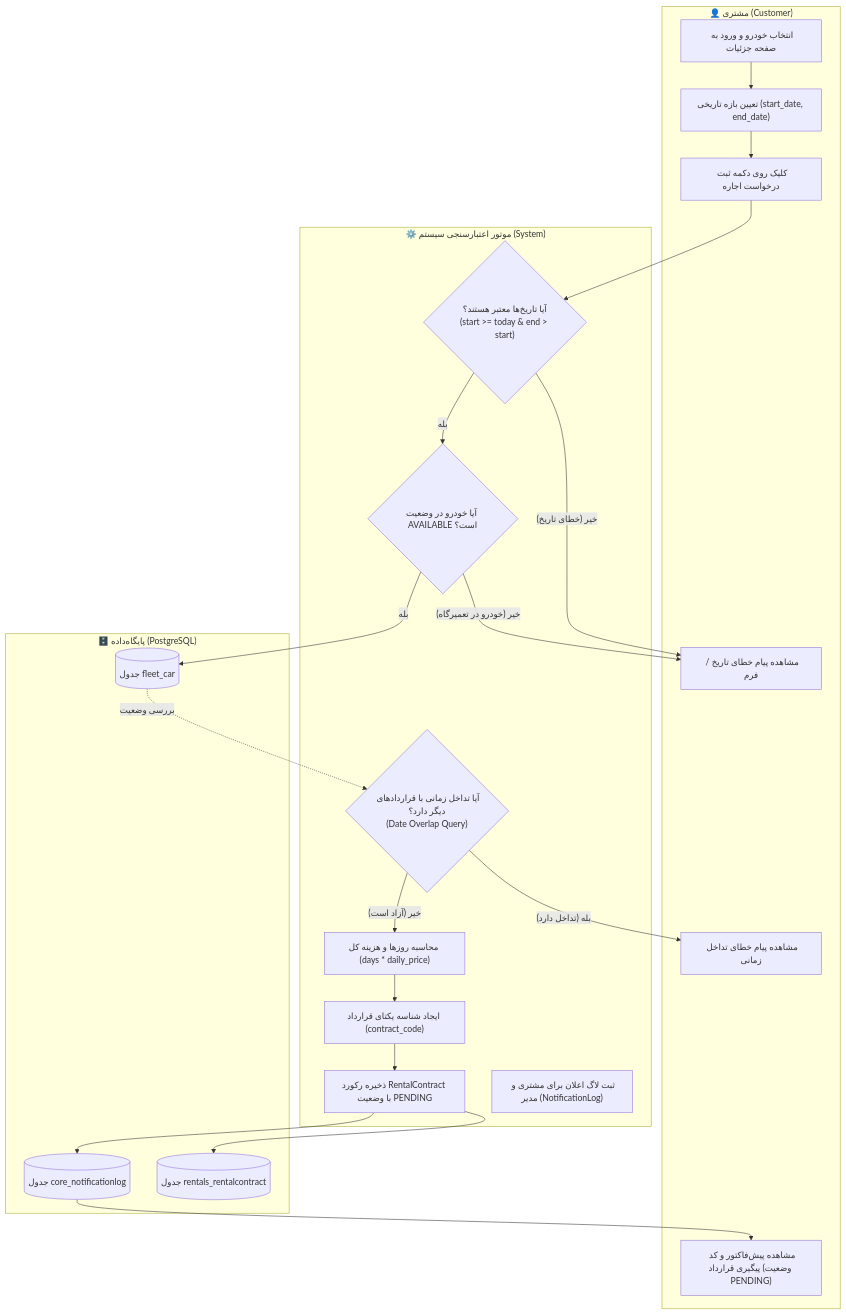
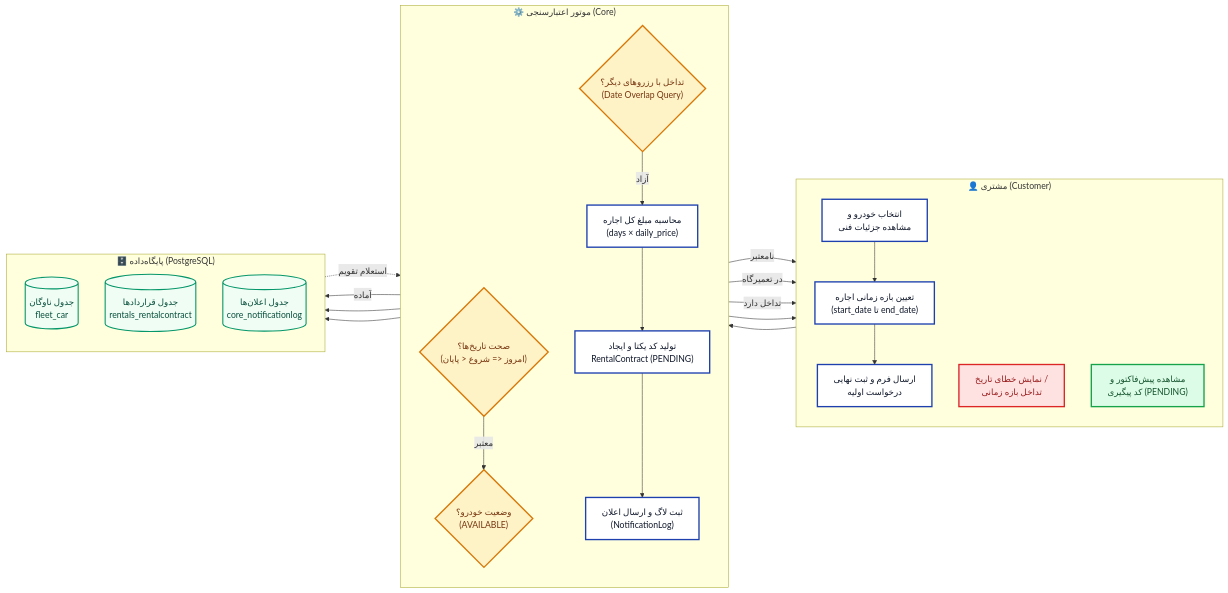
The first of 4 diagrams in README.md (SoroushHamedi-Net/django-car-rental-project), drawn with Mermaid before and after one commit. The commit also changed other lines of this file and 14 other files, not shown here.

First line of the commit message:
docs(diagrams): upgrade process diagrams to 3x Retina HD with compact readable layout

````diff
--- a/README.md
+++ b/README.md
@@ -47,40 +49,49 @@
 ```mermaid
-flowchart TD
+flowchart LR
     subgraph Customer ["👤 مشتری (Customer)"]
-        A1["انتخاب خودرو و ورود به صفحه جزئیات"] --> A2["تعیین بازه تاریخی (start_date, end_date)"]
-        A2 --> A3["کلیک روی دکمه ثبت درخواست اجاره"]
-        A8["مشاهده پیام خطای تاریخ / فرم"]
-        A9["مشاهده پیام خطای تداخل زمانی"]
-        A10["مشاهده پیش‌فاکتور و کد پیگیری قرارداد (وضعیت PENDING)"]
+        direction TB
+        A1["انتخاب خودرو و<br/>مشاهده جزئیات فنی"] --> A2["تعیین بازه زمانی اجاره<br/>(start_date تا end_date)"]
+        A2 --> A3["ارسال فرم و ثبت نهایی<br/>درخواست اولیه"]
+        A_ERR["نمایش خطای تاریخ /<br/>تداخل بازه زمانی"]
+        A_OK["مشاهده پیش‌فاکتور و<br/>کد پیگیری (PENDING)"]
     end
 
-    subgraph System ["⚙️ موتور اعتبارسنجی سیستم (System)"]
-        B1{"آیا تاریخ‌ها معتبر هستند؟<br/>(start >= today & end > start)"}
-        B2{"آیا خودرو در وضعیت AVAILABLE است؟"}
-        B3{"آیا تداخل زمانی با قراردادهای دیگر دارد؟<br/>(Date Overlap Query)"}
-        B4["محاسبه روزها و هزینه کل (days * daily_price)"]
-        B5["ایجاد شناسه یکتای قرارداد (contract_code)"]
-        B6["ذخیره رکورد RentalContract با وضعیت PENDING"]
-        B7["ثبت لاگ اعلان برای مشتری و مدیر (NotificationLog)"]
+    subgraph System ["⚙️ موتور اعتبارسنجی (Core)"]
+        direction TB
+        B1{"صحت تاریخ‌ها؟<br/>(امروز <= شروع < پایان)"}
+        B2{"وضعیت خودرو؟<br/>(AVAILABLE)"}
+        B3{"تداخل با رزروهای دیگر؟<br/>(Date Overlap Query)"}
+        B4["محاسبه مبلغ کل اجاره<br/>(days × daily_price)"]
+        B5["تولید کد یکتا و ایجاد<br/>RentalContract (PENDING)"]
+        B6["ثبت لاگ و ارسال اعلان<br/>(NotificationLog)"]
     end
 
     subgraph Database ["🗄️ پایگاه‌داده (PostgreSQL)"]
-        DB1[("جدول fleet_car")]
-        DB2[("جدول rentals_rentalcontract")]
-        DB3[("جدول core_notificationlog")]
+        direction TB
+        DB_CAR[("جدول ناوگان<br/>fleet_car")]
+        DB_RENTAL[("جدول قراردادها<br/>rentals_rentalcontract")]
+        DB_LOG[("جدول اعلان‌ها<br/>core_notificationlog")]
     end
 
     A3 --> B1
-    B1 -- "خیر (خطای تاریخ)" --> A8
-    B1 -- "بله" --> B2
-    B2 -- "خیر (خودرو در تعمیرگاه)" --> A8
-    B2 -- "بله" --> DB1
-    DB1 -. بررسی وضعیت .-> B3
-    B3 -- "بله (تداخل دارد)" --> A9
-    B3 -- "خیر (آزاد است)" --> B4
-    B4 --> B5
-    B5 --> B6
-    B6 --> DB2
-    B6 --> DB3
-    DB3 --> A10
+    B1 -- "نامعتبر" --> A_ERR
+    B1 -- "معتبر" --> B2
+    B2 -- "در تعمیرگاه" --> A_ERR
+    B2 -- "آماده" --> DB_CAR
+    DB_CAR -. استعلام تقویم .-> B3
+    B3 -- "تداخل دارد" --> A_ERR
+    B3 -- "آزاد" --> B4 --> B5
+    B5 --> DB_RENTAL
+    B5 --> B6 --> DB_LOG
+    B6 --> A_OK
+
+    classDef default fill:#ffffff,stroke:#1e40af,stroke-width:2.5px,color:#0f172a;
+    classDef decision fill:#fef3c7,stroke:#d97706,stroke-width:2.5px,color:#78350f;
+    classDef error fill:#fee2e2,stroke:#dc2626,stroke-width:2.5px,color:#991b1b;
+    classDef success fill:#dcfce7,stroke:#16a34a,stroke-width:2.5px,color:#14532d;
+    classDef db fill:#f0fdf4,stroke:#059669,stroke-width:2px,color:#064e3b;
+    class B1,B2,B3 decision;
+    class A_ERR error;
+    class A_OK success;
+    class DB_CAR,DB_RENTAL,DB_LOG db;
 ```
````
